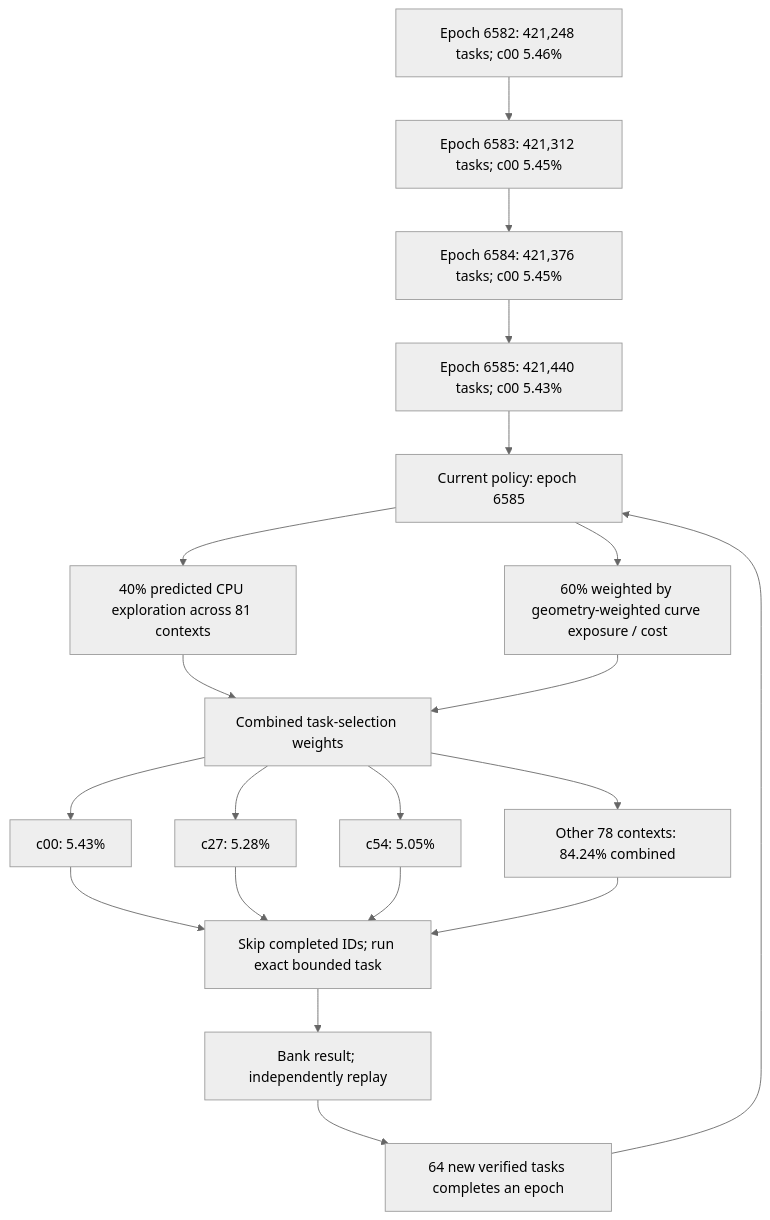
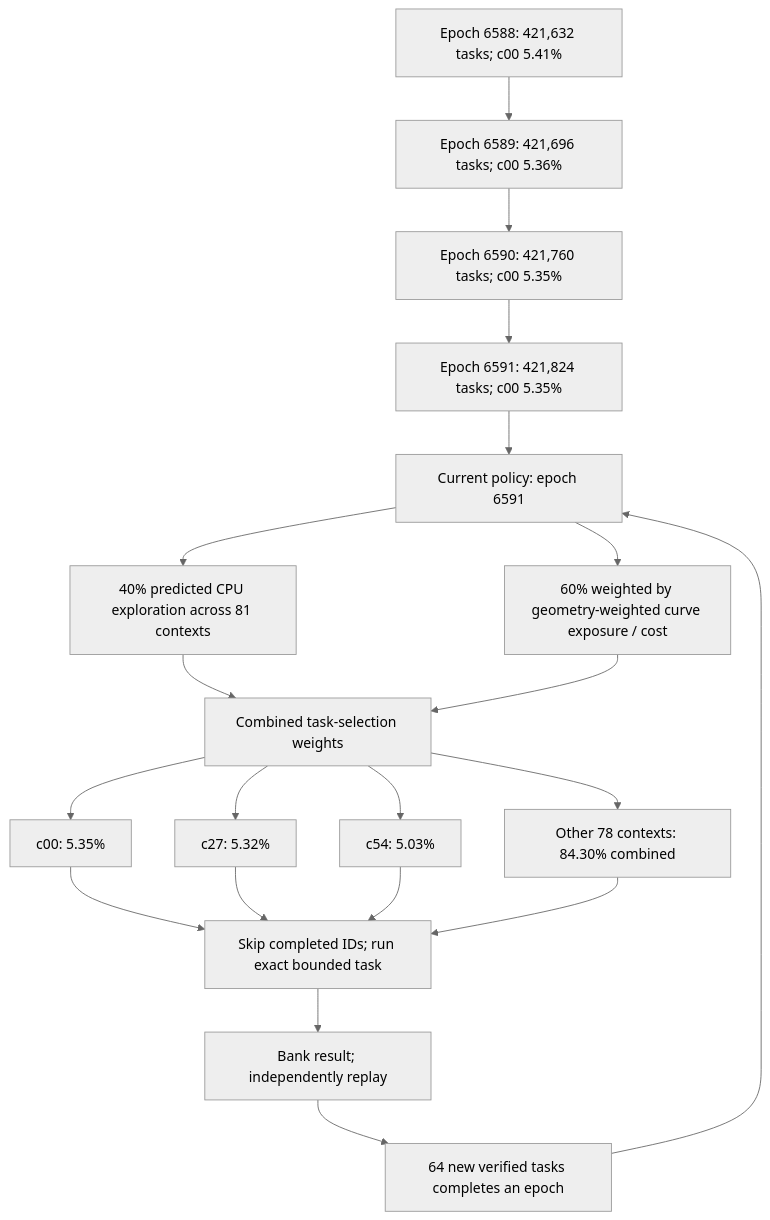
Before and after one commit to Kuberwastaken/math-gambling: the first of 4 diagrams in README.md, drawn with Mermaid (neutral theme). The commit also changed other lines of this file and 1451 other files, not shown here.

````diff
--- a/README.md
+++ b/README.md
@@ -60,27 +60,27 @@
 ```mermaid
 flowchart TD
-    H0["Epoch 6582: 421,248 tasks; c00 5.46%"]
-    H1["Epoch 6583: 421,312 tasks; c00 5.45%"]
+    H0["Epoch 6588: 421,632 tasks; c00 5.41%"]
+    H1["Epoch 6589: 421,696 tasks; c00 5.36%"]
     H0 --> H1
-    H2["Epoch 6584: 421,376 tasks; c00 5.45%"]
+    H2["Epoch 6590: 421,760 tasks; c00 5.35%"]
     H1 --> H2
-    H3["Epoch 6585: 421,440 tasks; c00 5.43%"]
+    H3["Epoch 6591: 421,824 tasks; c00 5.35%"]
     H2 --> H3
-    Policy["Current policy: epoch 6585"]
+    Policy["Current policy: epoch 6591"]
     H3 --> Policy
     Policy --> Explore["40% predicted CPU exploration across 81 contexts"]
     Policy --> Cost["60% weighted by geometry-weighted curve exposure / cost"]
     Explore --> Mix["Combined task-selection weights"]
     Cost --> Mix
-    Mix --> C0["c00: 5.43%"]
-    Mix --> C1["c27: 5.28%"]
-    Mix --> C2["c54: 5.05%"]
-    Mix --> Rest["Other 78 contexts: 84.24% combined"]
+    Mix --> C0["c00: 5.35%"]
+    Mix --> C1["c27: 5.32%"]
+    Mix --> C2["c54: 5.03%"]
+    Mix --> Rest["Other 78 contexts: 84.30% combined"]
     C0 --> Check["Skip completed IDs; run exact bounded task"]
     C1 --> Check
     C2 --> Check
     Rest --> Check
     Check --> Replay["Bank result; independently replay"]
     Replay --> Gate["64 new verified tasks completes an epoch"]
     Gate --> Policy
 ```
````
